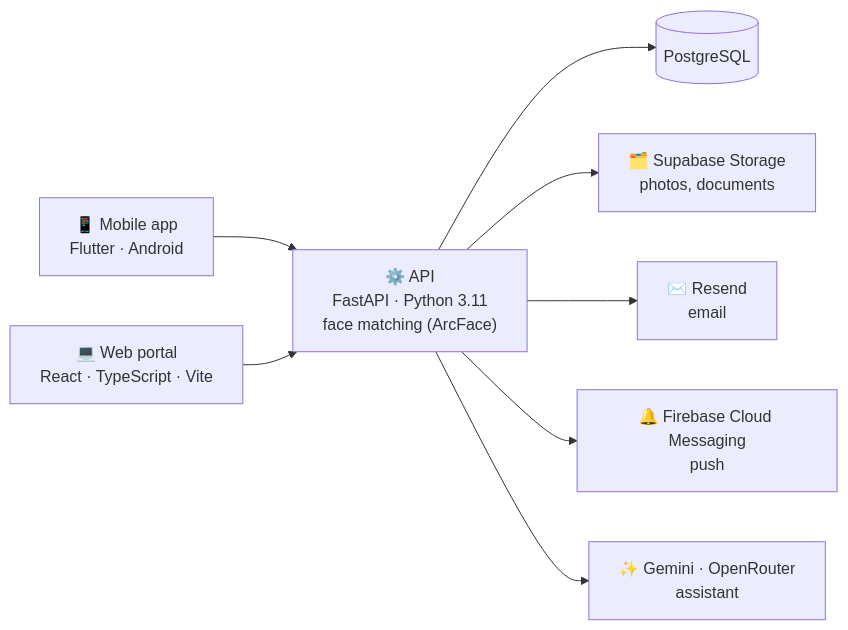
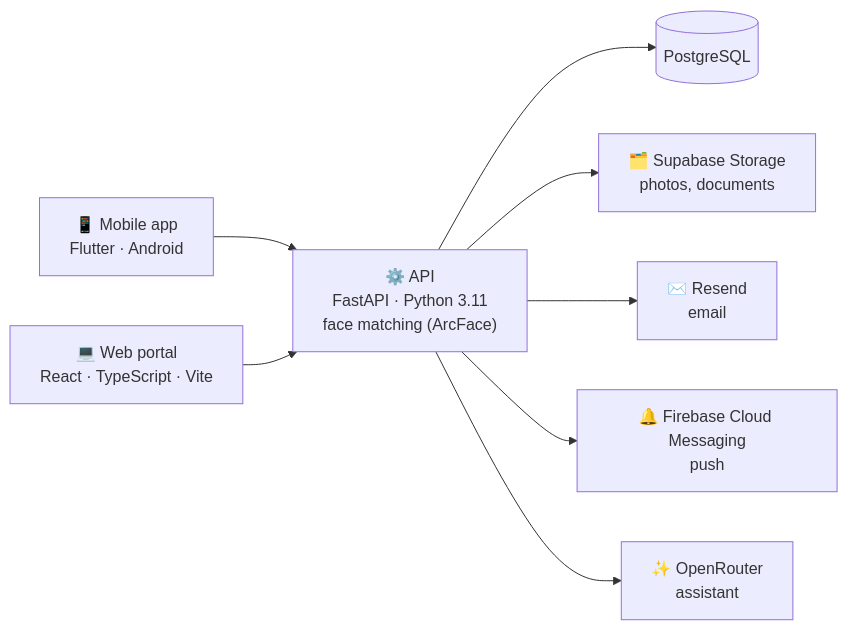
Before and after one commit to LowYoongQian/fyp: the diagram in README.md, drawn with Mermaid. The commit also changed 54 other files, not shown here.

````diff
--- a/README.md
+++ b/README.md
@@ -151,10 +151,10 @@
 ```mermaid
 flowchart LR
     app["📱 Mobile app<br/>Flutter · Android"] --> api
     web["💻 Web portal<br/>React · TypeScript · Vite"] --> api
     api["⚙️ API<br/>FastAPI · Python 3.11<br/>face matching (ArcFace)"] --> db[("PostgreSQL")]
     api --> storage["🗂️ Supabase Storage<br/>photos, documents"]
     api --> mail["✉️ Resend<br/>email"]
     api --> push["🔔 Firebase Cloud Messaging<br/>push"]
-    api --> ai["✨ Gemini · OpenRouter<br/>assistant"]
+    api --> ai["✨ OpenRouter<br/>assistant"]
 ```
````
